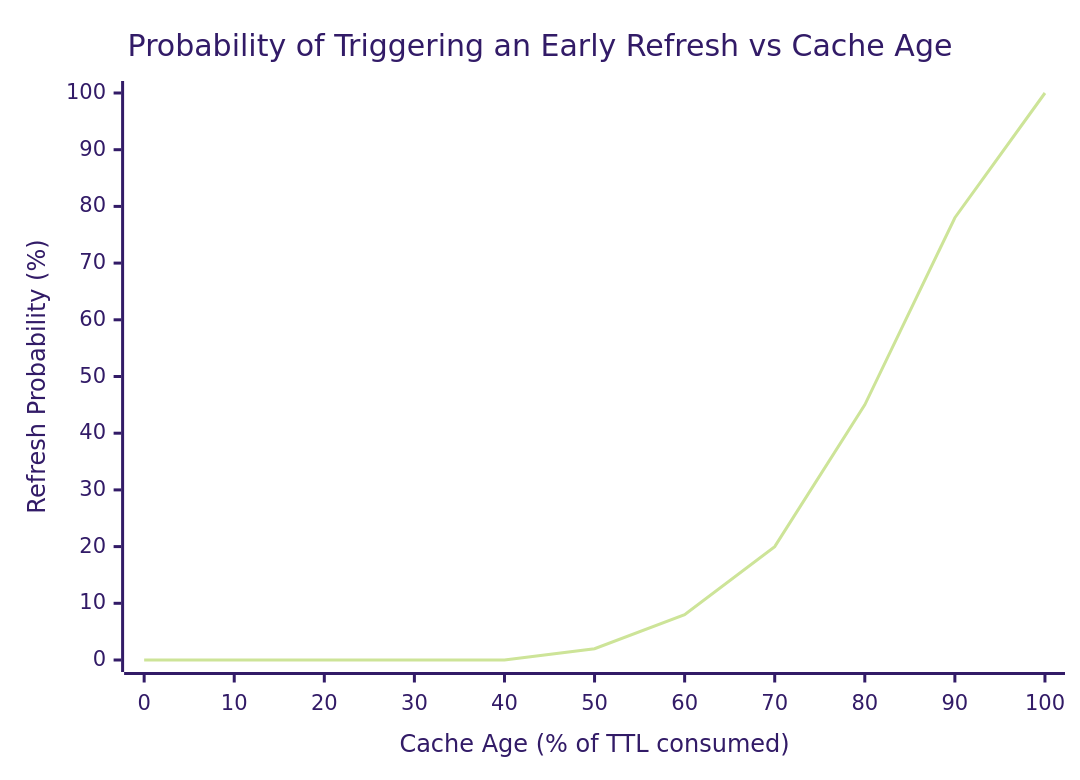
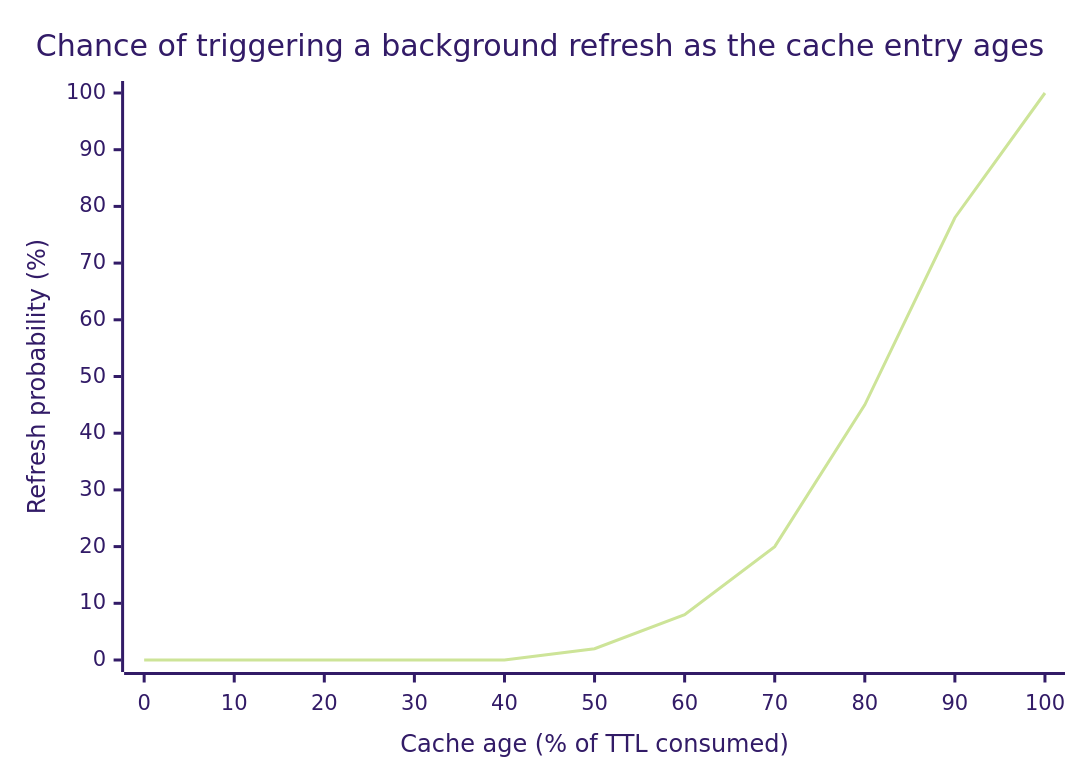
The eighth of 12 diagrams in content/posts/38-thundering-herd.md (g-savitha/portfolio), drawn with Mermaid (forest theme) before and after one commit. The commit also changed other lines of this file, not shown here.

````diff
--- a/content/posts/38-thundering-herd.md
+++ b/content/posts/38-thundering-herd.md
@@ -342,7 +346,7 @@
 ```mermaid
 xychart-beta
-    title "Probability of Triggering an Early Refresh vs Cache Age"
-    x-axis "Cache Age (% of TTL consumed)" [0, 10, 20, 30, 40, 50, 60, 70, 80, 90, 100]
-    y-axis "Refresh Probability (%)" 0 --> 100
+    title "Chance of triggering a background refresh as the cache entry ages"
+    x-axis "Cache age (% of TTL consumed)" [0, 10, 20, 30, 40, 50, 60, 70, 80, 90, 100]
+    y-axis "Refresh probability (%)" 0 --> 100
     line [0, 0, 0, 0, 0, 2, 8, 20, 45, 78, 100]
 ```
````
